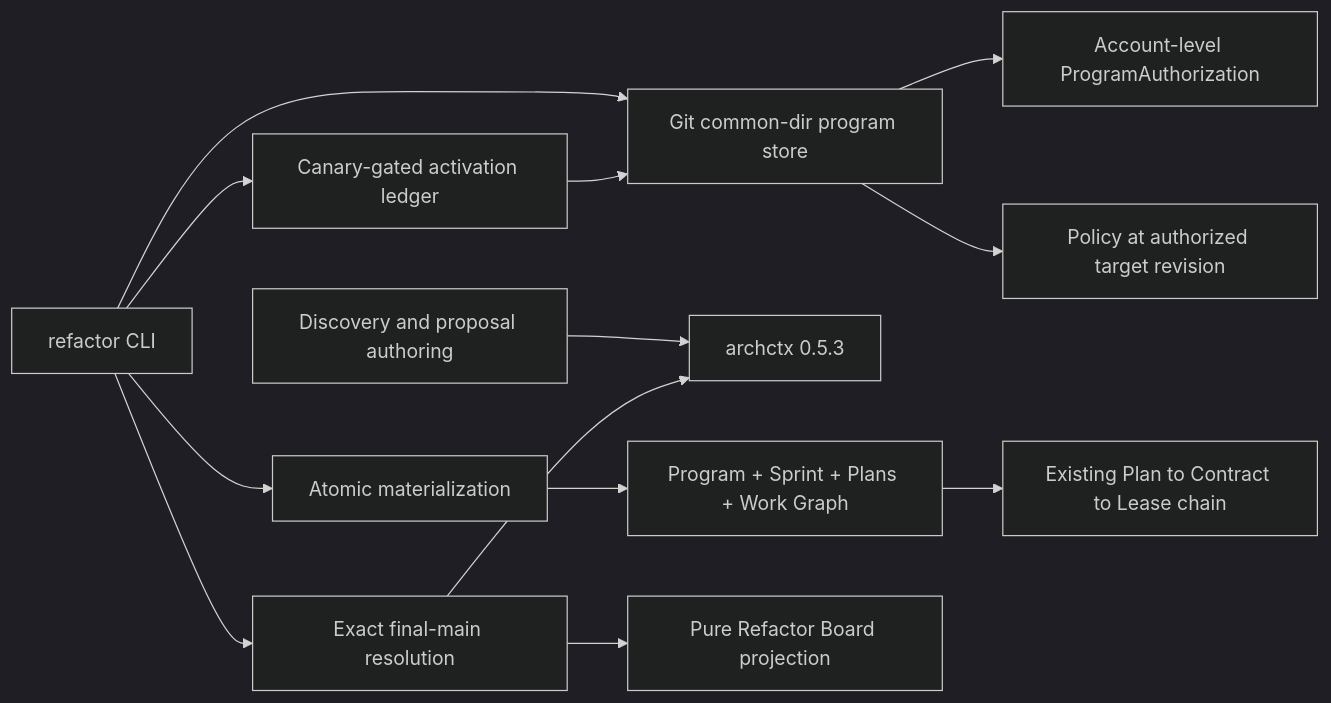
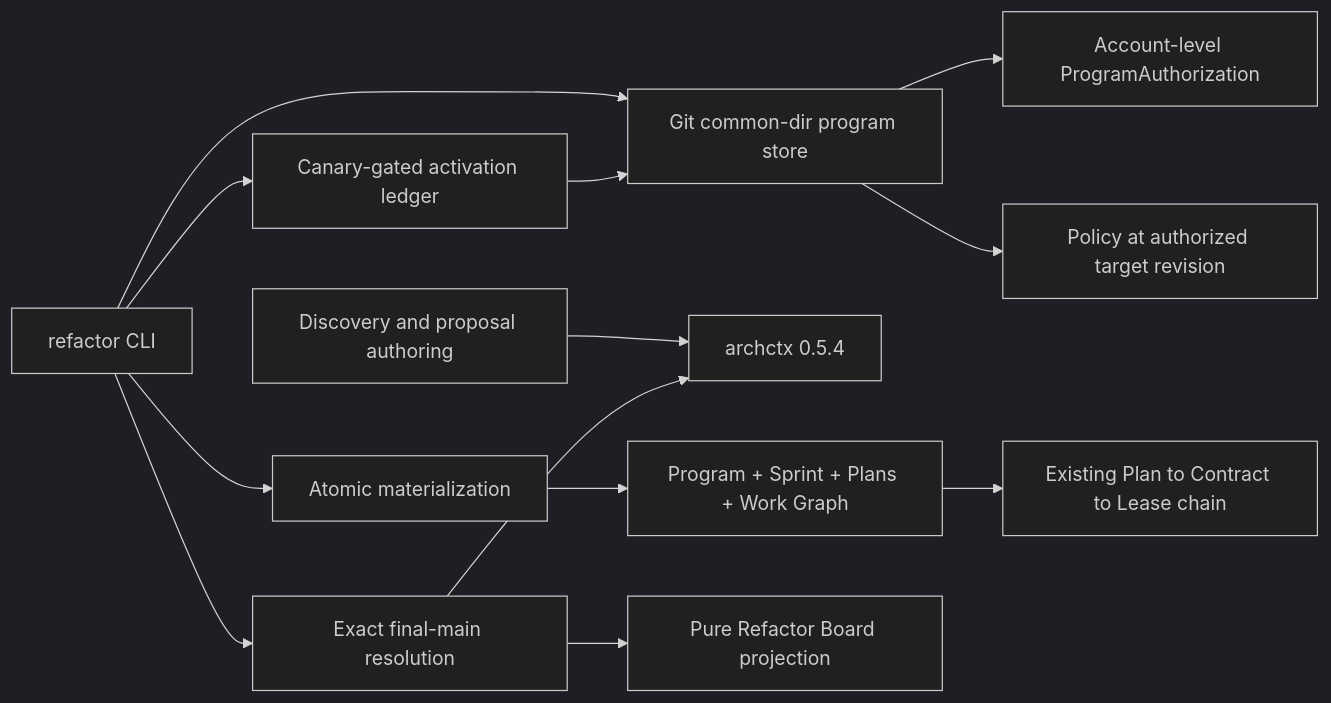
One commit to Ancienttwo/repo-harness changed the first of 2 diagrams in docs/architecture/modules/runtime-harness/refactor-program.md. Above: the diagram before and after it, drawn with Mermaid (dark theme). The commit also changed other lines of this file and 21 other files, not shown here.

Commit message:
fix(refactor): pin published ArchContext 0.5.4 provider

````diff
--- a/docs/architecture/modules/runtime-harness/refactor-program.md
+++ b/docs/architecture/modules/runtime-harness/refactor-program.md
@@ -73,15 +73,15 @@
 ```mermaid
 flowchart LR
   CLI[refactor CLI] --> Store[Git common-dir program store]
   Store --> Grant[Account-level ProgramAuthorization]
   Store --> Policy[Policy at authorized target revision]
-  Discovery[Discovery and proposal authoring] --> ArchContext[archctx 0.5.3]
+  Discovery[Discovery and proposal authoring] --> ArchContext[archctx 0.5.4]
   CLI --> Materializer[Atomic materialization]
   Materializer --> Git[Program + Sprint + Plans + Work Graph]
   Git --> Contract[Existing Plan to Contract to Lease chain]
   CLI --> Resolution[Exact final-main resolution]
   Resolution --> ArchContext
   Resolution --> Board[Pure Refactor Board projection]
   CLI --> Activation[Canary-gated activation ledger]
   Activation --> Store
 ```
````
